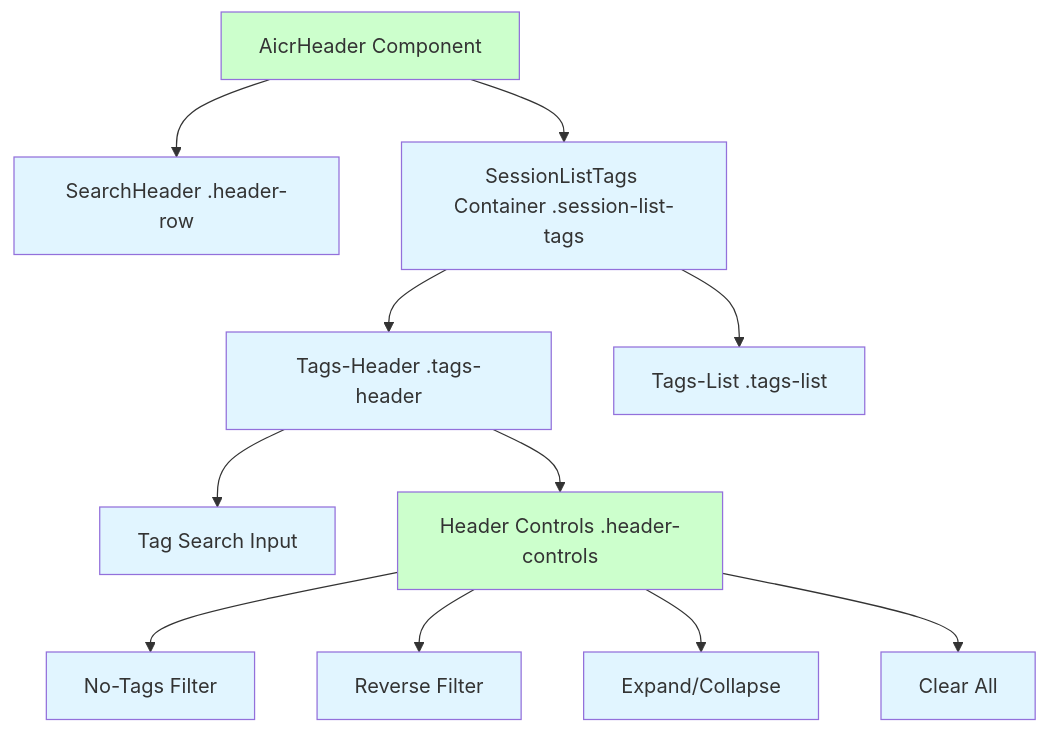
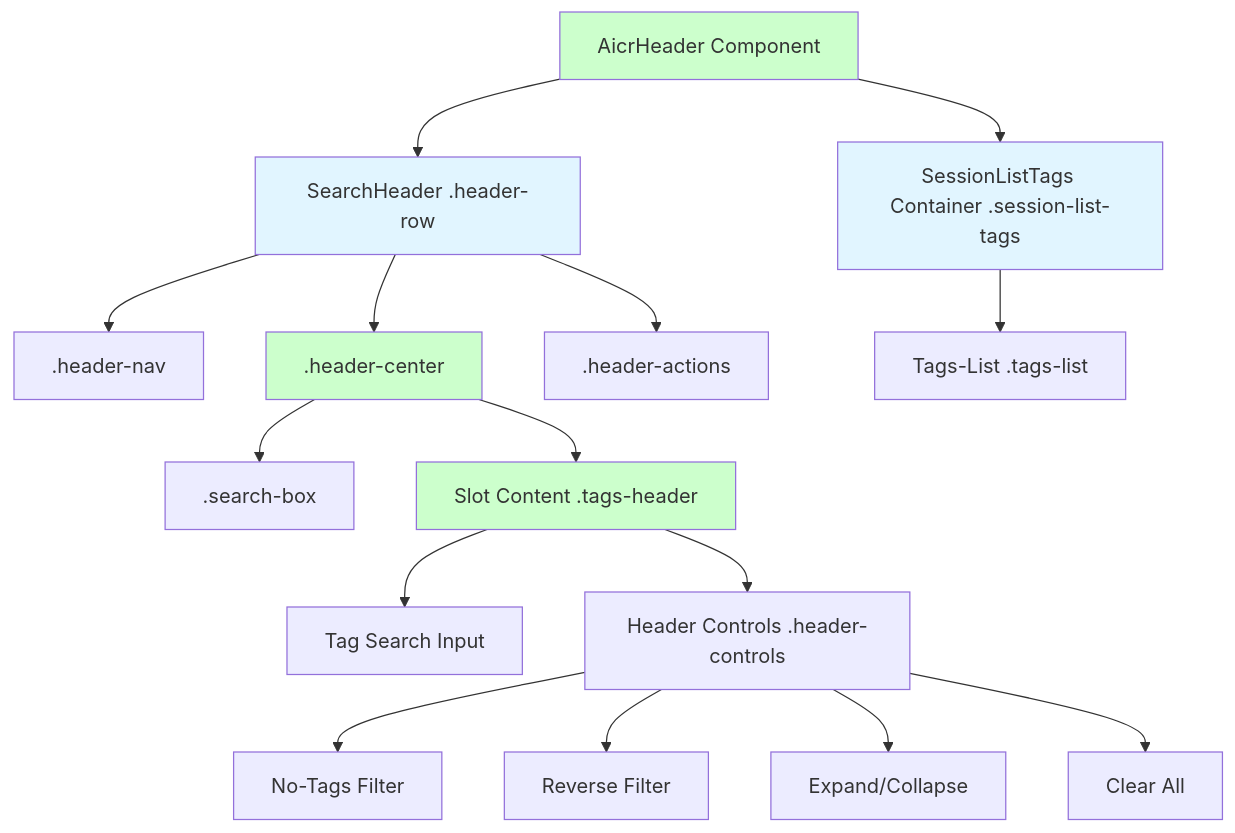
The first of 3 diagrams in docs/header-top-row-redesign/03_design-document.md (effiy/YiWeb), drawn with Mermaid before and after one commit. The commit also changed other lines of this file and 19 other files, not shown here.

````diff
--- a/docs/header-top-row-redesign/03_design-document.md
+++ b/docs/header-top-row-redesign/03_design-document.md
@@ -32,24 +32,22 @@
 ```mermaid
 graph TB
     A["AicrHeader Component"] --> B["SearchHeader .header-row"]
+    B --> B1[".header-nav"]
+    B --> B2[".header-center"]
+    B2 --> B2a[".search-box"]
+    B2 --> B2b["Slot Content .tags-header"]
+    B2b --> B2b1["Tag Search Input"]
+    B2b --> B2b2["Header Controls .header-controls"]
+    B2b2 --> B2b2a["No-Tags Filter"]
+    B2b2 --> B2b2b["Reverse Filter"]
+    B2b2 --> B2b2c["Expand/Collapse"]
+    B2b2 --> B2b2d["Clear All"]
+    B --> B3[".header-actions"]
     A --> C["SessionListTags Container .session-list-tags"]
-    C --> D["Tags-Header .tags-header"]
-    D --> D1["Tag Search Input"]
-    D --> D2["Header Controls .header-controls"]
-    D2 --> D2a["No-Tags Filter"]
-    D2 --> D2b["Reverse Filter"]
-    D2 --> D2c["Expand/Collapse"]
-    D2 --> D2d["Clear All"]
-    C --> E["Tags-List .tags-list"]
+    C --> C1["Tags-List .tags-list"]
     style A fill:#ccffcc
     style B fill:#e1f5ff
+    style B2 fill:#ccffcc
+    style B2b fill:#ccffcc
     style C fill:#e1f5ff
-    style D fill:#e1f5ff
-    style D1 fill:#e1f5ff
-    style D2 fill:#ccffcc
-    style D2a fill:#e1f5ff
-    style D2b fill:#e1f5ff
-    style D2c fill:#e1f5ff
-    style D2d fill:#e1f5ff
-    style E fill:#e1f5ff
 ```
````
